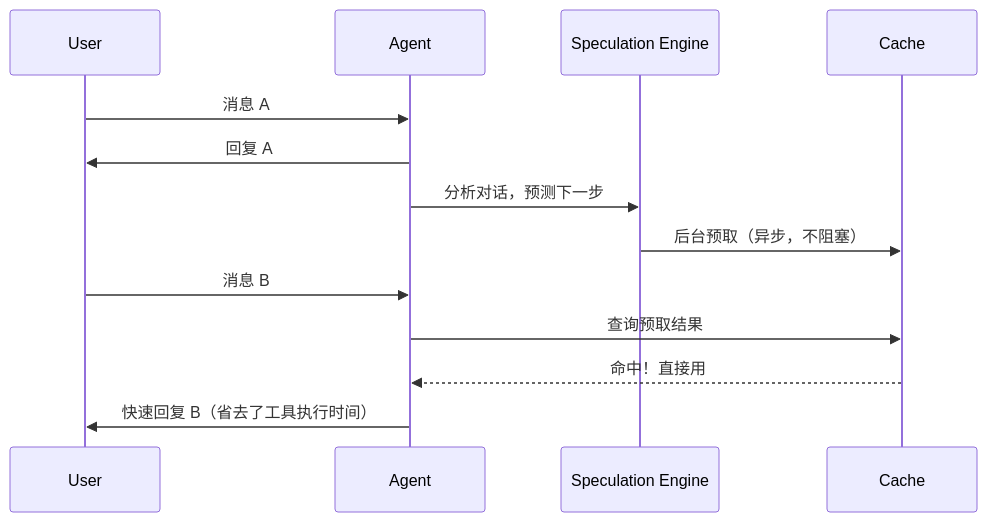
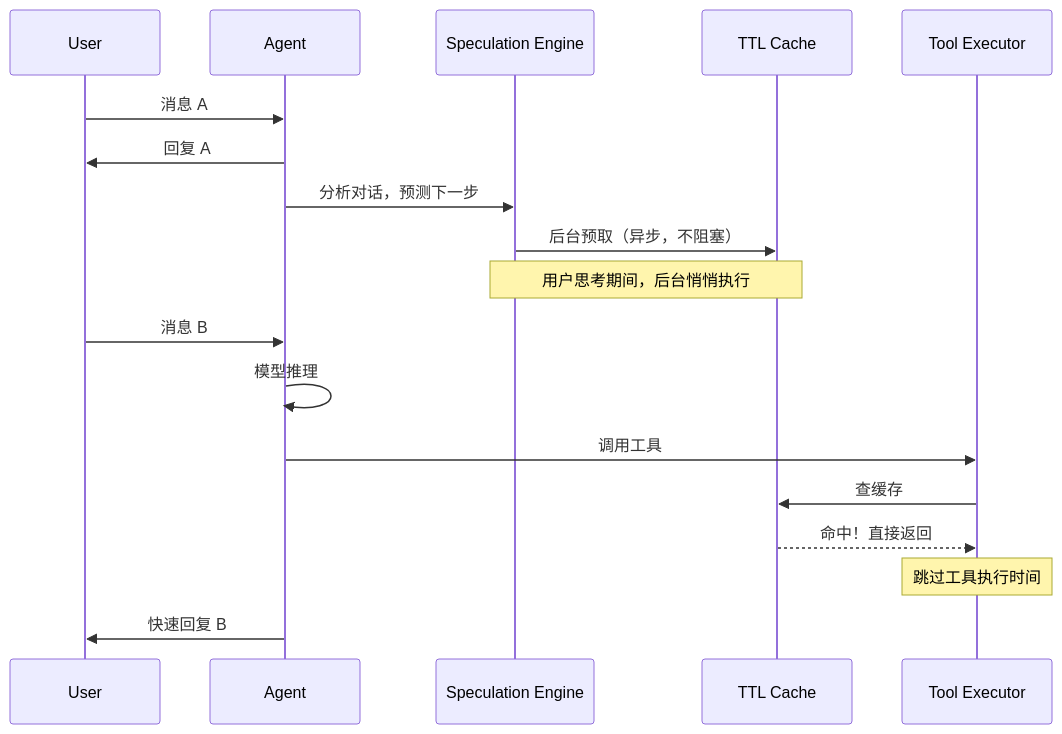
One commit to AICCer1/claude-code-build-architecture-analysis changed the second of 7 diagrams in docs/15-speculation-prefetch-design.md. Above: the diagram before and after it, drawn with Mermaid. The commit also changed other lines of this file and 1 other file, not shown here.

First line of the commit message:
Update System Context and Speculation docs with detailed background, design rationale, and diagrams

````diff
--- a/docs/15-speculation-prefetch-design.md
+++ b/docs/15-speculation-prefetch-design.md
@@ -17,16 +23,21 @@
 ```mermaid
 sequenceDiagram
     participant User
     participant Agent
-    participant Speculation as Speculation Engine
-    participant Cache
+    participant Spec as Speculation Engine
+    participant Cache as TTL Cache
+    participant Tool as Tool Executor
 
     User->>Agent: 消息 A
     Agent->>User: 回复 A
-    Agent->>Speculation: 分析对话，预测下一步
-    Speculation->>Cache: 后台预取（异步，不阻塞）
+    Agent->>Spec: 分析对话，预测下一步
+    Spec->>Cache: 后台预取（异步，不阻塞）
+    Note over Spec,Cache: 用户思考期间，后台悄悄执行
     User->>Agent: 消息 B
-    Agent->>Cache: 查询预取结果
-    Cache-->>Agent: 命中！直接用
-    Agent->>User: 快速回复 B（省去了工具执行时间）
+    Agent->>Agent: 模型推理
+    Agent->>Tool: 调用工具
+    Tool->>Cache: 查缓存
+    Cache-->>Tool: 命中！直接返回
+    Note over Tool: 跳过工具执行时间
+    Agent->>User: 快速回复 B
 ```
````
